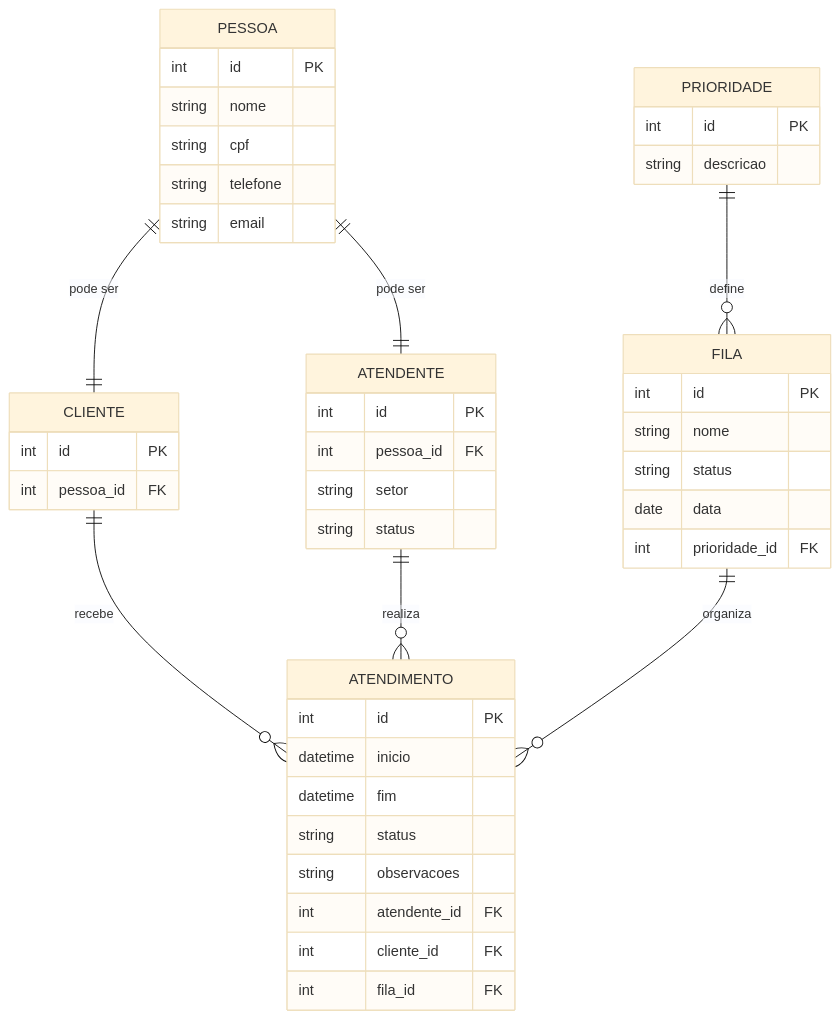
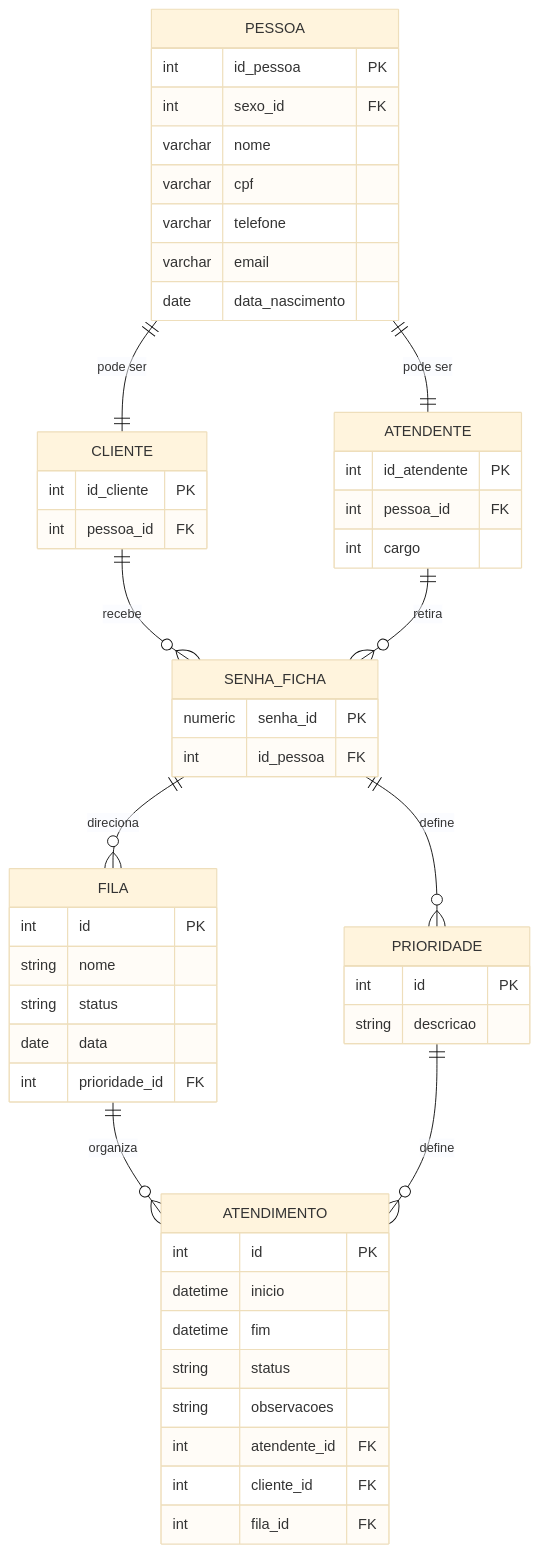
The diagram in README.md (limadev27/Modelagem-de-Banco-de-Dados-com-PostgreSQL---Atividade), drawn with Mermaid (base theme) before and after one commit. The commit also changed other lines of this file, not shown here.

Commit message:
Enhance MERMAID diagram and version details
Updated the MERMAID diagram to include additional fields and relationships, and modified versioning information.

````diff
--- a/README.md
+++ b/README.md
@@ -42,55 +42,66 @@
 ```mermaid
 erDiagram
     PESSOA {
-        int id PK
-        string nome
-        string cpf
-        string telefone
-        string email
+        int id_pessoa PK
+        int sexo_id FK
+        varchar nome
+        varchar cpf
+        varchar telefone
+        varchar email
+        date data_nascimento
     }
 
     CLIENTE {
-        int id PK
+        int id_cliente PK
         int pessoa_id FK
     }
 
     ATENDENTE {
-        int id PK
+        int id_atendente PK
         int pessoa_id FK
-        string setor
-        string status
+        int cargo
+        
+    }
+
+    SENHA_FICHA{
+        numeric senha_id PK
+        int id_pessoa FK
+
     }
 
     FILA {
         int id PK
         string nome
         string status
         date data
         int prioridade_id FK
     }
 
     PRIORIDADE {
         int id PK
         string descricao
     }
 
     ATENDIMENTO {
         int id PK
         datetime inicio
         datetime fim
         string status
         string observacoes
         int atendente_id FK
         int cliente_id FK
         int fila_id FK
     }
 
     PESSOA ||--|| CLIENTE : "pode ser"
     PESSOA ||--|| ATENDENTE : "pode ser"
     
-    CLIENTE ||--o{ ATENDIMENTO : "recebe"
-    ATENDENTE ||--o{ ATENDIMENTO : "realiza"
+    CLIENTE ||--o{ SENHA_FICHA : "recebe"
+    ATENDENTE ||--o{ SENHA_FICHA : "retira"
     
+    SENHA_FICHA ||--o{ FILA : "direciona"
+    SENHA_FICHA ||--o{ PRIORIDADE : "define"
+
     FILA ||--o{ ATENDIMENTO : "organiza"
-    PRIORIDADE ||--o{ FILA : "define"
+    PRIORIDADE ||--o{ ATENDIMENTO : "define"
 ```
````
